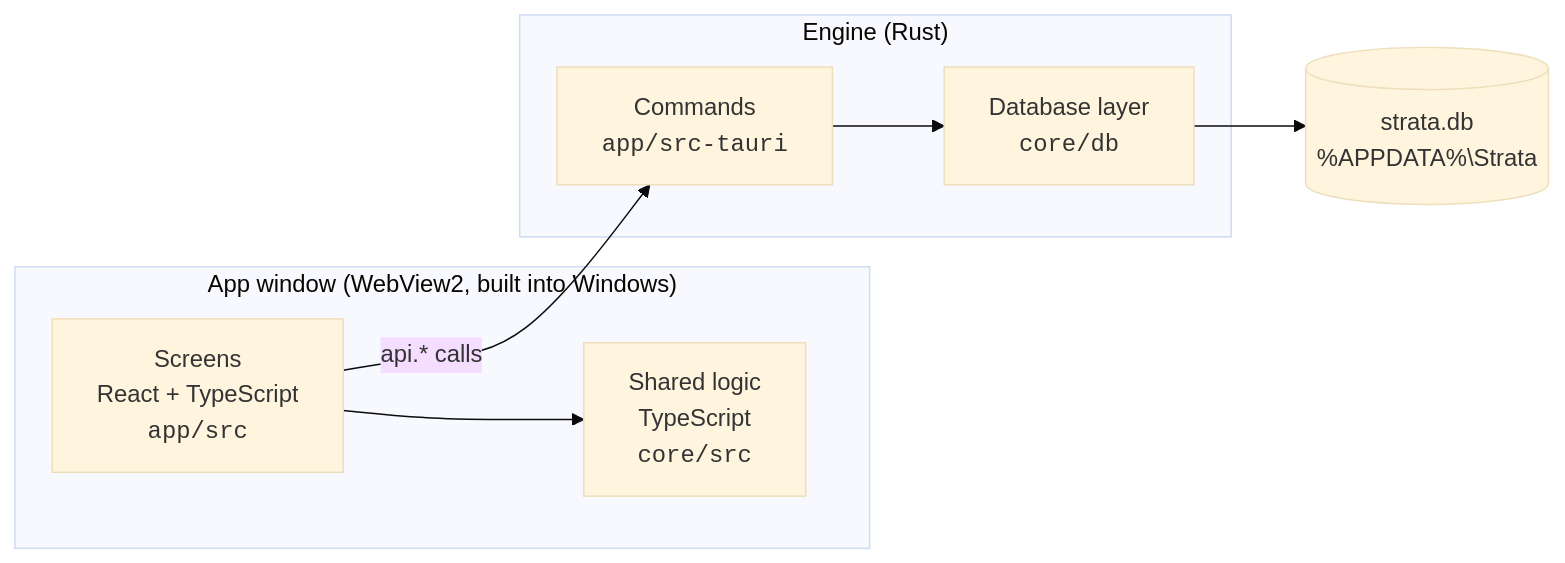
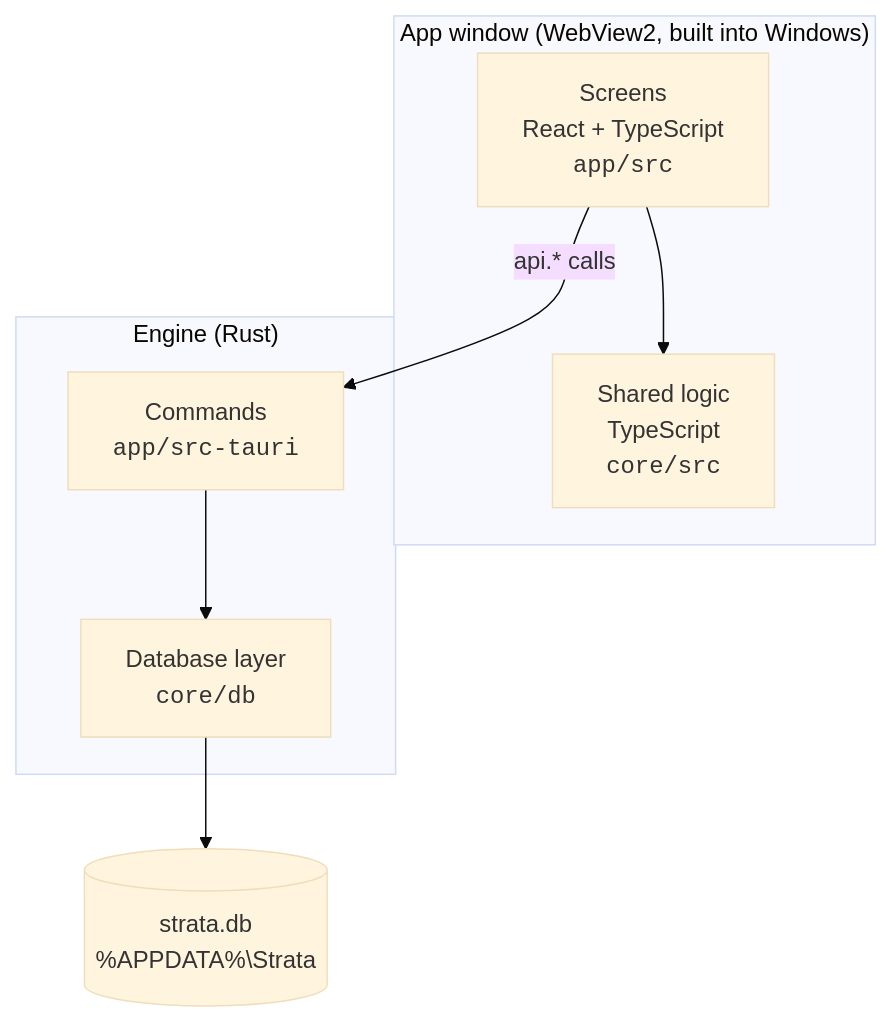
The first of 2 diagrams in README.md (Mehulsri07/StrataField), drawn with Mermaid (base theme) before and after one commit. The commit also changed other lines of this file, not shown here.

````diff
--- a/README.md
+++ b/README.md
@@ -100,15 +100,15 @@
 ```mermaid
-flowchart LR
+flowchart TD
     subgraph Window["App window (WebView2, built into Windows)"]
         UI["Screens<br/>React + TypeScript<br/><code>app/src</code>"]
         Core["Shared logic<br/>TypeScript<br/><code>core/src</code>"]
         UI --> Core
     end
     subgraph Engine["Engine (Rust)"]
         Cmd["Commands<br/><code>app/src-tauri</code>"]
         DB["Database layer<br/><code>core/db</code>"]
         Cmd --> DB
     end
     UI -- "api.* calls" --> Cmd
     DB --> SQLite[("strata.db<br/>%APPDATA%\Strata")]
 ```
````
